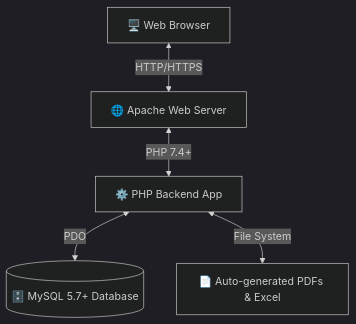
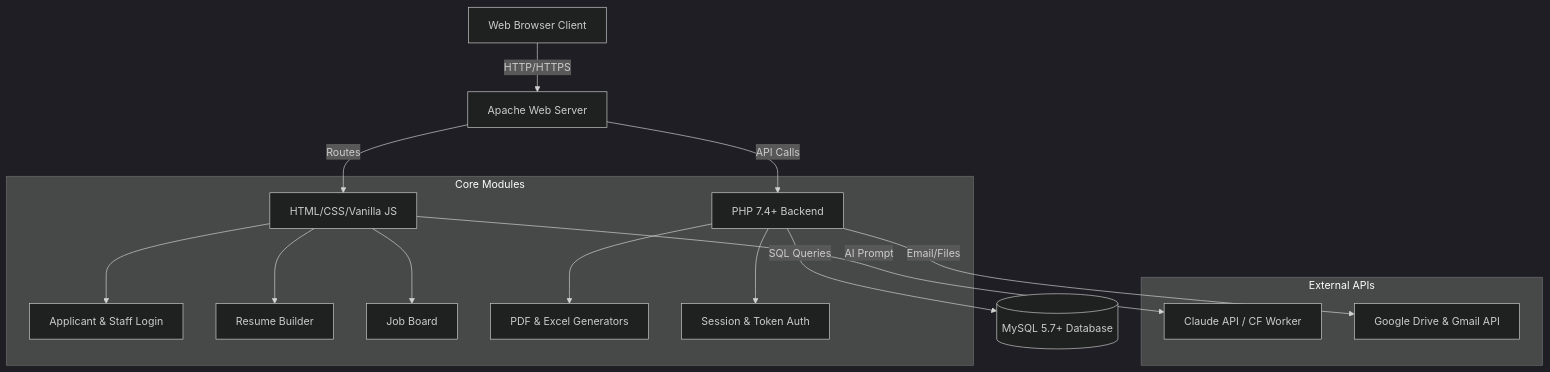
One commit to Bikash4JP/itf changed the first of 2 diagrams in readme.md. Above: the diagram before and after it, drawn with Mermaid (dark theme). The commit also changed other lines of this file and 1 other file, not shown here.

````diff
--- a/readme.md
+++ b/readme.md
@@ -46,7 +22,23 @@
 ```mermaid
 graph TD
-    Client[🖥️ Web Browser] <-->|HTTP/HTTPS| Server[🌐 Apache Web Server]
-    Server <-->|PHP 7.4+| Core[⚙️ PHP Backend App]
-    Core <-->|PDO| DB[(🗄️ MySQL 5.7+ Database)]
-    Core <-->|File System| Resumes[📄 Auto-generated PDFs & Excel]
+    Client[Web Browser Client] -->|HTTP/HTTPS| Server[Apache Web Server]
+    Server -->|Routes| Frontend[HTML/CSS/Vanilla JS]
+    Server -->|API Calls| Backend[PHP 7.4+ Backend]
+    
+    subgraph "External APIs"
+        AI[Claude API / CF Worker]
+        Google[Google Drive & Gmail API]
+    end
+    
+    Backend -->|SQL Queries| DB[(MySQL 5.7+ Database)]
+    Backend -->|Email/Files| Google
+    Frontend -->|AI Prompt| AI
+    
+    subgraph "Core Modules"
+        Frontend --> AuthUI[Applicant & Staff Login]
+        Frontend --> Builder[Resume Builder]
+        Frontend --> Jobs[Job Board]
+        Backend --> FileGen[PDF & Excel Generators]
+        Backend --> Auth[Session & Token Auth]
+    end
 ```
````
